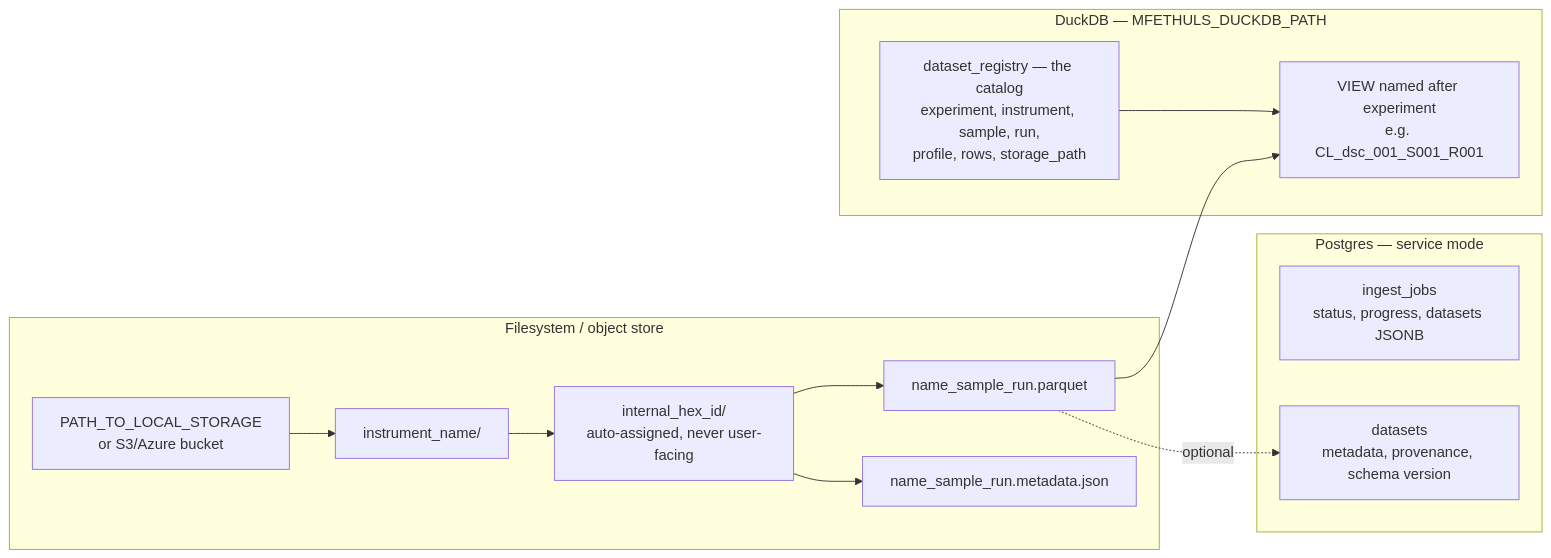
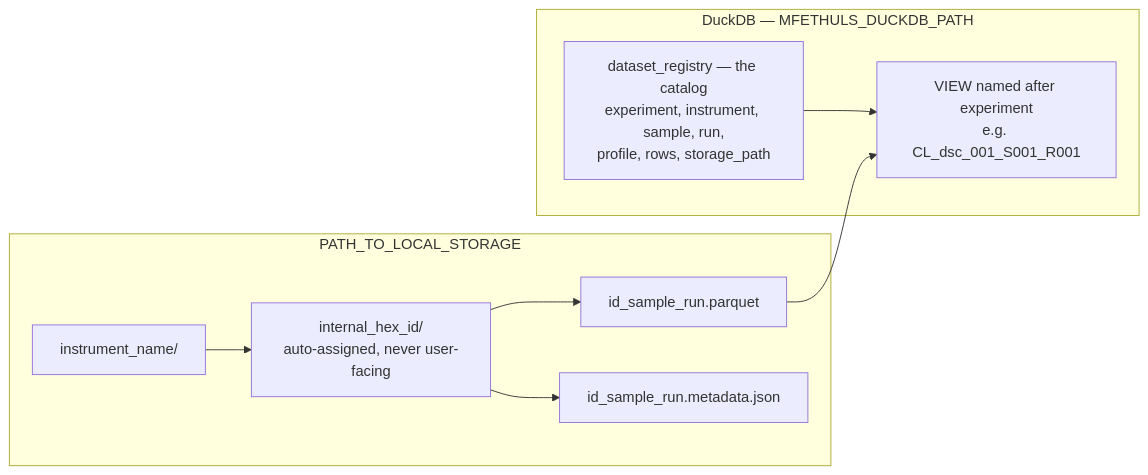
Before and after one commit to lucaAyt/mfethuls: the third of 3 diagrams in docs/reference/architecture.md, drawn with Mermaid. The commit also changed other lines of this file and 73 other files, not shown here.

````diff
--- a/docs/reference/architecture.md
+++ b/docs/reference/architecture.md
@@ -241,24 +86,17 @@
 ```mermaid
 flowchart LR
-  subgraph files [Filesystem / object store]
-    ROOT[PATH_TO_LOCAL_STORAGE\nor S3/Azure bucket]
-    ROOT --> I1[instrument_name/]
+  subgraph files [PATH_TO_LOCAL_STORAGE]
+    I1[instrument_name/]
     I1 --> E1[internal_hex_id/\nauto-assigned, never user-facing]
-    E1 --> P1["name_sample_run.parquet"]
-    E1 --> M1["name_sample_run.metadata.json"]
+    E1 --> P1["id_sample_run.parquet"]
+    E1 --> M1["id_sample_run.metadata.json"]
   end
 
   subgraph duckdb [DuckDB — MFETHULS_DUCKDB_PATH]
     REGT[dataset_registry — the catalog\nexperiment, instrument, sample, run,\nprofile, rows, storage_path]
     V1["VIEW named after experiment\ne.g. CL_dsc_001_S001_R001"]
     REGT --> V1
   end
 
-  subgraph postgres [Postgres — service mode]
-    JOBS[ingest_jobs\nstatus, progress, datasets JSONB]
-    DATASETS[datasets\nmetadata, provenance, schema version]
-  end
-
   P1 --> V1
-  P1 -.->|optional| DATASETS
 ```
````
